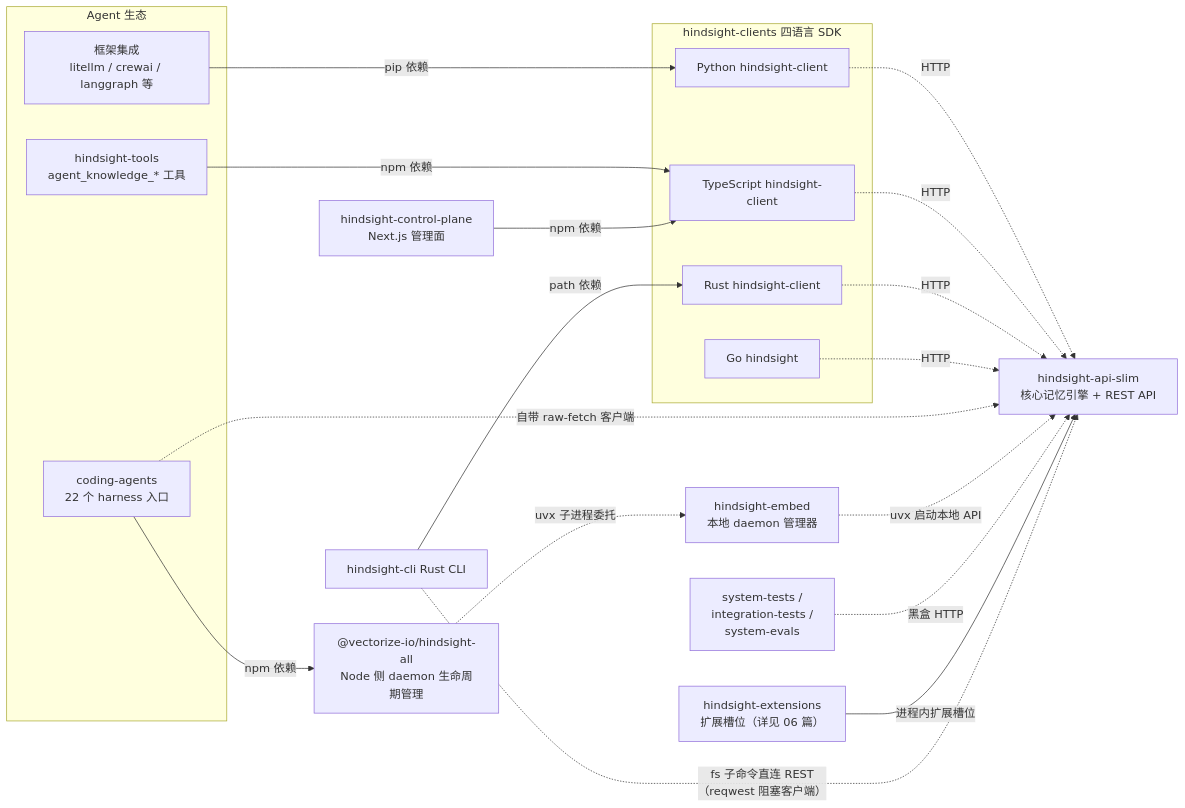
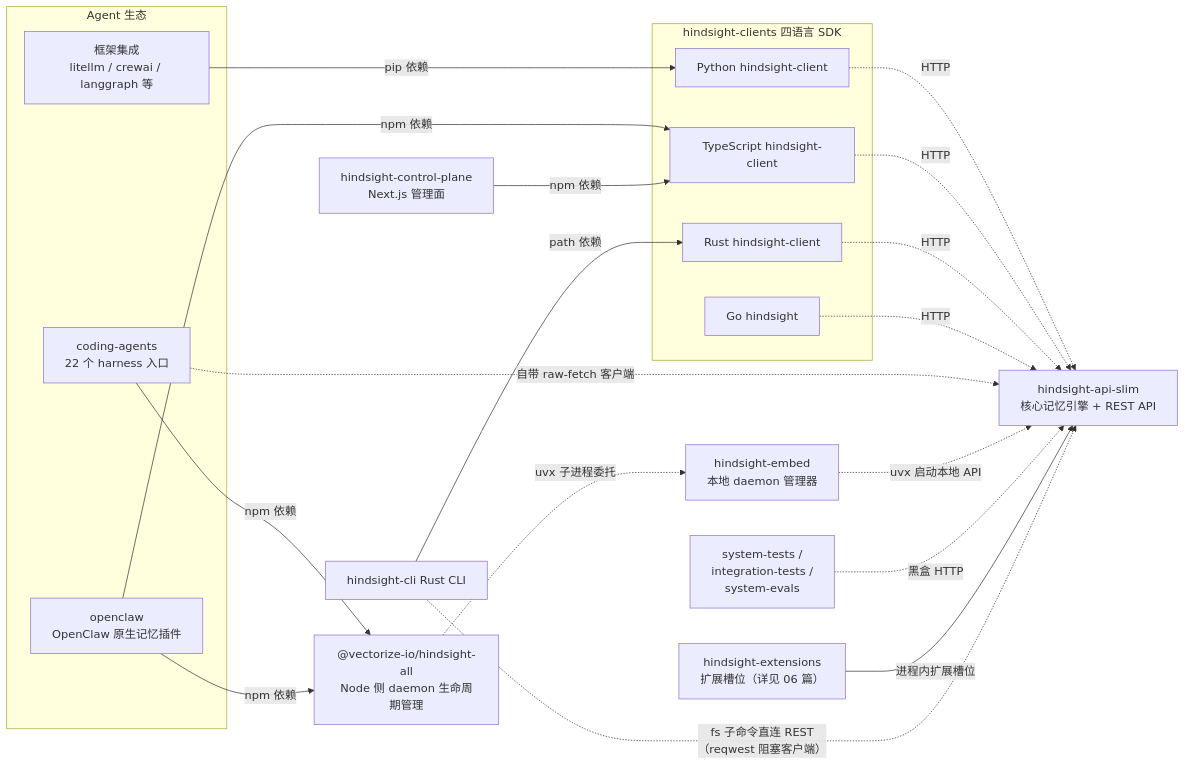
Before and after one commit to stefanv5/memory-platform-architecture: the first of 4 diagrams in docs/hindsight/source-study/07-外围生态.md, drawn with Mermaid. The commit also changed other lines of this file and 9 other files, not shown here.

````diff
--- a/docs/hindsight/source-study/07-外围生态.md
+++ b/docs/hindsight/source-study/07-外围生态.md
@@ -15,40 +15,41 @@
 ```mermaid
 flowchart LR
     CORE["hindsight-api-slim<br/>核心记忆引擎 + REST API"]
 
     subgraph CLIENTS["hindsight-clients 四语言 SDK"]
         SDKPY["Python hindsight-client"]
         SDKTS["TypeScript hindsight-client"]
         SDKRS["Rust hindsight-client"]
         SDKGO["Go hindsight"]
     end
 
     subgraph AGENTS["Agent 生态"]
         CODING["coding-agents<br/>22 个 harness 入口"]
-        TOOLSDK["hindsight-tools<br/>agent_knowledge_* 工具"]
+        OPENCLAW["openclaw<br/>OpenClaw 原生记忆插件"]
         FRAMEWORKS["框架集成<br/>litellm / crewai / langgraph 等"]
     end
 
     CLI["hindsight-cli Rust CLI"]
     CP["hindsight-control-plane<br/>Next.js 管理面"]
     EMBED["hindsight-embed<br/>本地 daemon 管理器"]
     EXT["hindsight-extensions<br/>扩展槽位（详见 06 篇）"]
     TESTS["system-tests /<br/>integration-tests /<br/>system-evals"]
 
     SDKPY -.->|"HTTP"| CORE
     SDKTS -.->|"HTTP"| CORE
     SDKRS -.->|"HTTP"| CORE
     SDKGO -.->|"HTTP"| CORE
     CLI -->|"path 依赖"| SDKRS
     HALL["@vectorize-io/hindsight-all<br/>Node 侧 daemon 生命周期管理"]
     CODING -->|"npm 依赖"| HALL
     HALL -.->|"uvx 子进程委托"| EMBED
     CODING -.->|"自带 raw-fetch 客户端"| CORE
-    TOOLSDK -->|"npm 依赖"| SDKTS
+    OPENCLAW -->|"npm 依赖"| SDKTS
+    OPENCLAW -->|"npm 依赖"| HALL
     CP -->|"npm 依赖"| SDKTS
     FRAMEWORKS -->|"pip 依赖"| SDKPY
     EMBED -.->|"uvx 启动本地 API"| CORE
     TESTS -.->|"黑盒 HTTP"| CORE
     EXT -->|"进程内扩展槽位"| CORE
     CLI -.->|"fs 子命令直连 REST<br/>（reqwest 阻塞客户端）"| CORE
 ```
````
